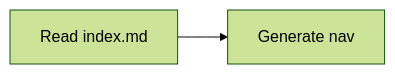
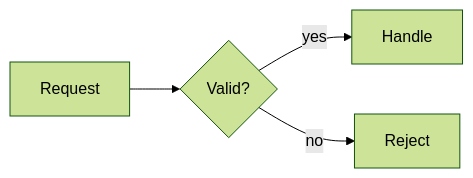
Before and after one commit to tkstang/skills: the first of 2 diagrams in documentation/docs/engineering/contributing/documentation/markdown-features.md, drawn with Mermaid (forest theme). The commit also changed other lines of this file and 185 other files, not shown here.

````diff
--- a/documentation/docs/engineering/contributing/documentation/markdown-features.md
+++ b/documentation/docs/engineering/contributing/documentation/markdown-features.md
@@ -65,4 +138,6 @@
 ```mermaid
 flowchart LR
-  A[Read index.md] --> B[Generate nav]
+  A[Request] --> B{Valid?}
+  B -->|yes| C[Handle]
+  B -->|no| D[Reject]
 ```
````
